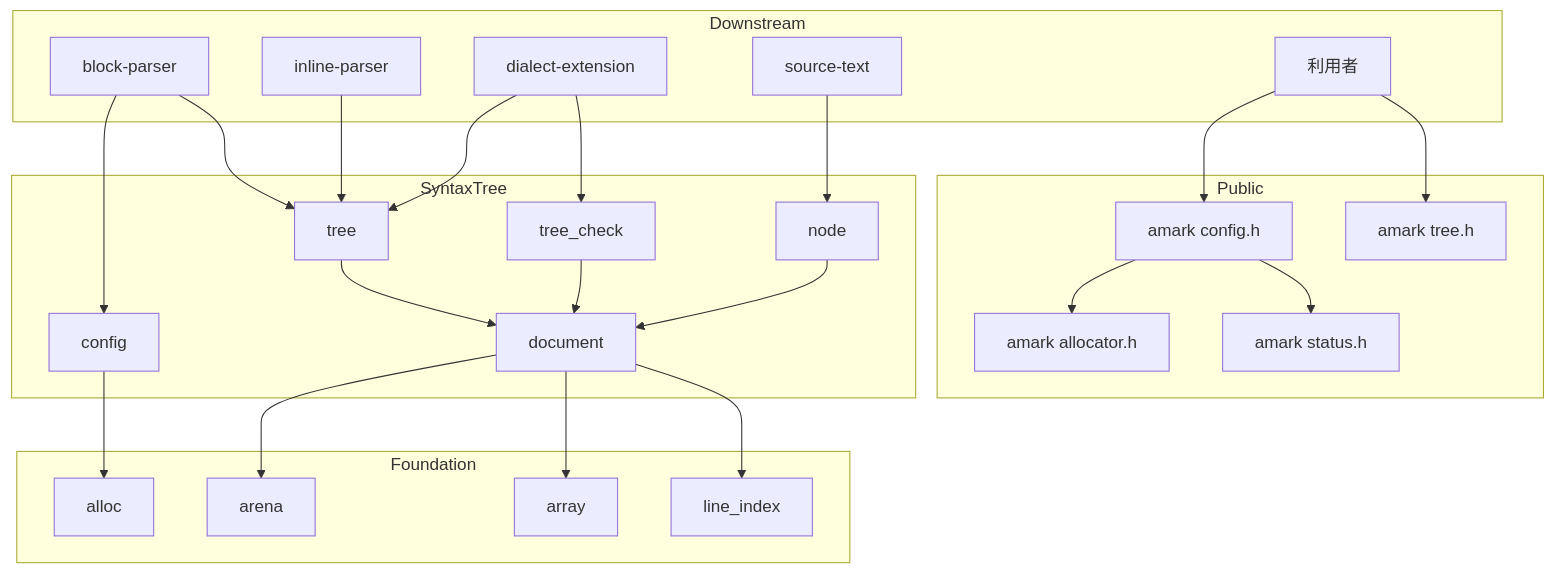
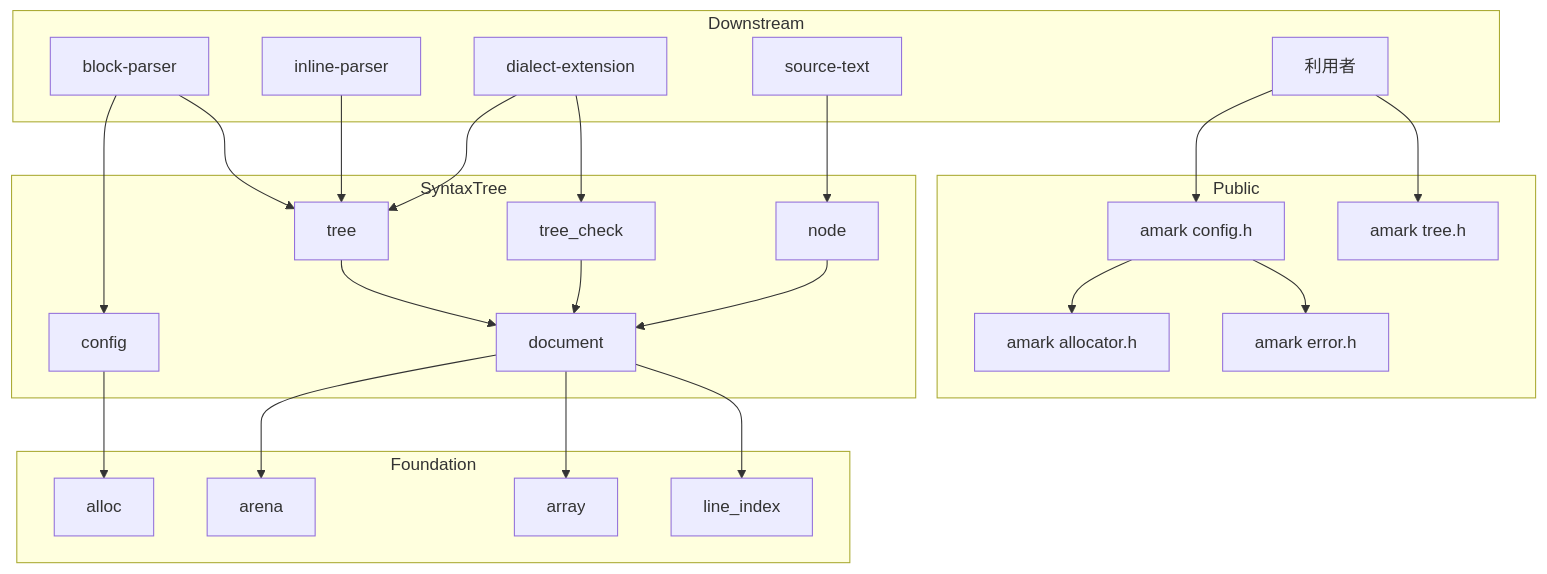
The first of 3 diagrams in .kiro/specs/syntax-tree/design.md (ktdevx/amark-private), drawn with Mermaid before and after one commit. The commit also changed other lines of this file and 2 other files, not shown here.

First line of the commit message:
spec(syntax-tree): エラーの型を amark_error_t の 1 つにまとめる

````diff
--- a/.kiro/specs/syntax-tree/design.md
+++ b/.kiro/specs/syntax-tree/design.md
@@ -69,46 +69,46 @@
 ```mermaid
 graph TB
     subgraph Public
         HAlloc[amark allocator.h]
-        HStatus[amark status.h]
+        HError[amark error.h]
         HConfig[amark config.h]
         HTree[amark tree.h]
     end
     subgraph SyntaxTree
         Config[config]
         Document[document]
         Tree[tree]
         Node[node]
         Check[tree_check]
     end
     subgraph Foundation
         Alloc[alloc]
         Arena[arena]
         Array[array]
         Lines[line_index]
     end
     subgraph Downstream
         Block[block-parser]
         Inline[inline-parser]
         Dialect[dialect-extension]
         Source[source-text]
         User[利用者]
     end
     Config --> Alloc
     Document --> Arena
     Document --> Array
     Document --> Lines
     Tree --> Document
     Node --> Document
     Check --> Document
     Block --> Config
     Block --> Tree
     Inline --> Tree
     Dialect --> Tree
     Dialect --> Check
     Source --> Node
     User --> HConfig
     User --> HTree
     HConfig --> HAlloc
-    HConfig --> HStatus
+    HConfig --> HError
 ```
````
